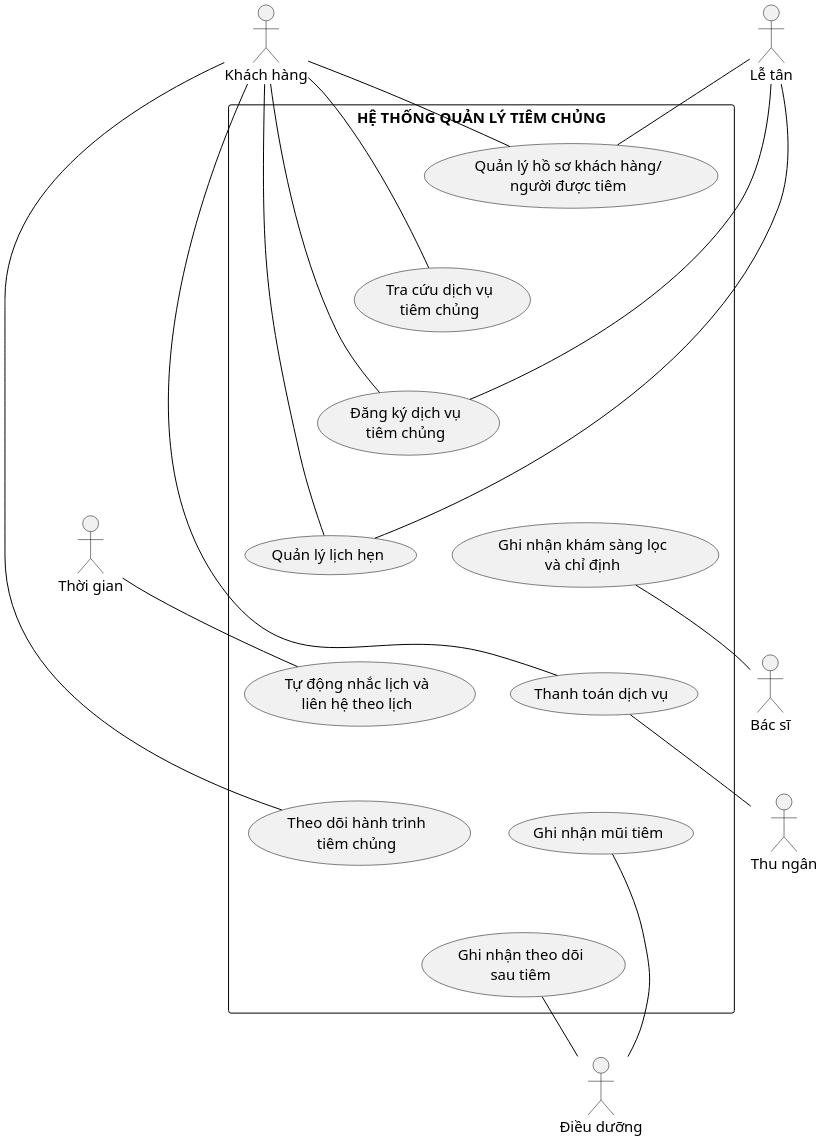
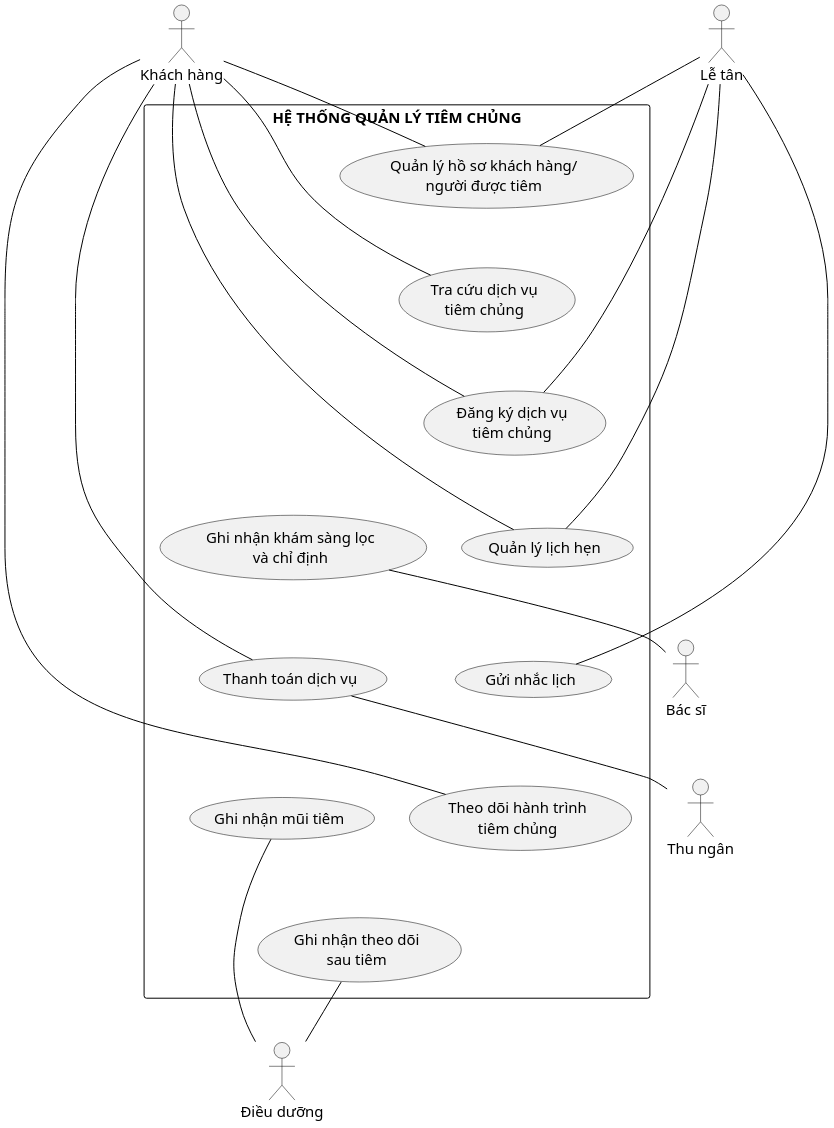
One commit to datngo1203/KLCN-QuanLyTiemChung changed the diagram in docs/thesis/uml/Hinh_2_9_System_Use_Case_Tong_Quan.puml. Above: the diagram before and after it, drawn with PlantUML.

Commit message:
docs(thesis): remove time actor from Hinh 2.9 summary

```diff
--- a/docs/thesis/uml/Hinh_2_9_System_Use_Case_Tong_Quan.puml
+++ b/docs/thesis/uml/Hinh_2_9_System_Use_Case_Tong_Quan.puml
@@ -1,73 +1,71 @@
 @startuml
 ' THESIS-R1 — Hình 2.9 System Use Case summary
 ' Semantic source: SCOPE.md System Use Case semantic lock v3 + presentation lock v1
 skinparam monochrome true
 skinparam shadowing false
 skinparam backgroundColor white
 skinparam defaultFontName "Times New Roman"
 skinparam defaultFontSize 15
 skinparam ArrowColor black
 skinparam ActorBorderColor black
 skinparam UsecaseBorderColor black
 skinparam RectangleBorderColor black
 skinparam dpi 180
 
 top to bottom direction
 
 actor "Khách hàng" as Customer
 actor "Lễ tân" as Reception
-actor "Thời gian" as Time
-
 rectangle "HỆ THỐNG QUẢN LÝ TIÊM CHỦNG" as SystemBoundary {
   usecase "Quản lý hồ sơ khách hàng/\nngười được tiêm" as UC09
   usecase "Tra cứu dịch vụ\ntiêm chủng" as UC10
   usecase "Đăng ký dịch vụ\ntiêm chủng" as UC11
   usecase "Quản lý lịch hẹn" as UC12
-  usecase "Tự động nhắc lịch và\nliên hệ theo lịch" as UC14
+  usecase "Gửi nhắc lịch" as UC13
   usecase "Theo dõi hành trình\ntiêm chủng" as UC19
 
   usecase "Ghi nhận khám sàng lọc\nvà chỉ định" as UC15
   usecase "Thanh toán dịch vụ" as UC16
   usecase "Ghi nhận mũi tiêm" as UC17
   usecase "Ghi nhận theo dõi\nsau tiêm" as UC18
 
   ' Layout helpers only — no semantic relationship.
   UC09 -[hidden]down- UC10
   UC10 -[hidden]down- UC11
   UC11 -[hidden]down- UC12
-  UC12 -[hidden]down- UC14
-  UC14 -[hidden]down- UC19
+  UC12 -[hidden]down- UC13
+  UC13 -[hidden]down- UC19
 
   UC15 -[hidden]down- UC16
   UC16 -[hidden]down- UC17
   UC17 -[hidden]down- UC18
 
   UC12 -[hidden]right- UC15
-  UC14 -[hidden]right- UC16
+  UC13 -[hidden]right- UC16
   UC19 -[hidden]right- UC17
 }
 
 actor "Bác sĩ" as Doctor
 actor "Thu ngân" as Cashier
 actor "Điều dưỡng" as Nurse
 
 ' Actor–Use Case associations: solid lines, no arrowheads.
 Customer -- UC09
 Customer -- UC10
 Customer -- UC11
 Customer -- UC12
 Customer -- UC16
 Customer -- UC19
 
 Reception -- UC09
 Reception -- UC11
 Reception -- UC12
 
-Time -- UC14
+Reception -- UC13
 
 UC15 -- Doctor
 UC16 -- Cashier
 UC17 -- Nurse
 UC18 -- Nurse
 
 @enduml
```
